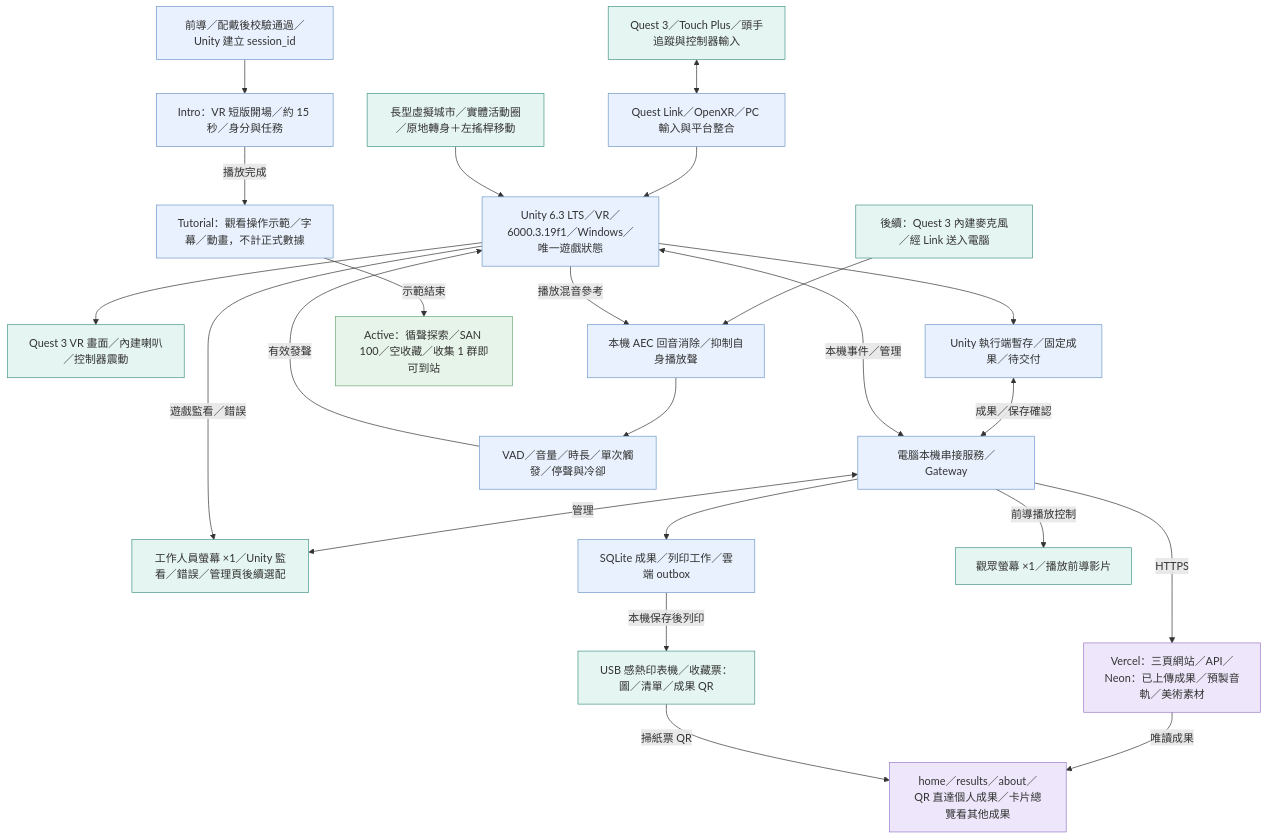
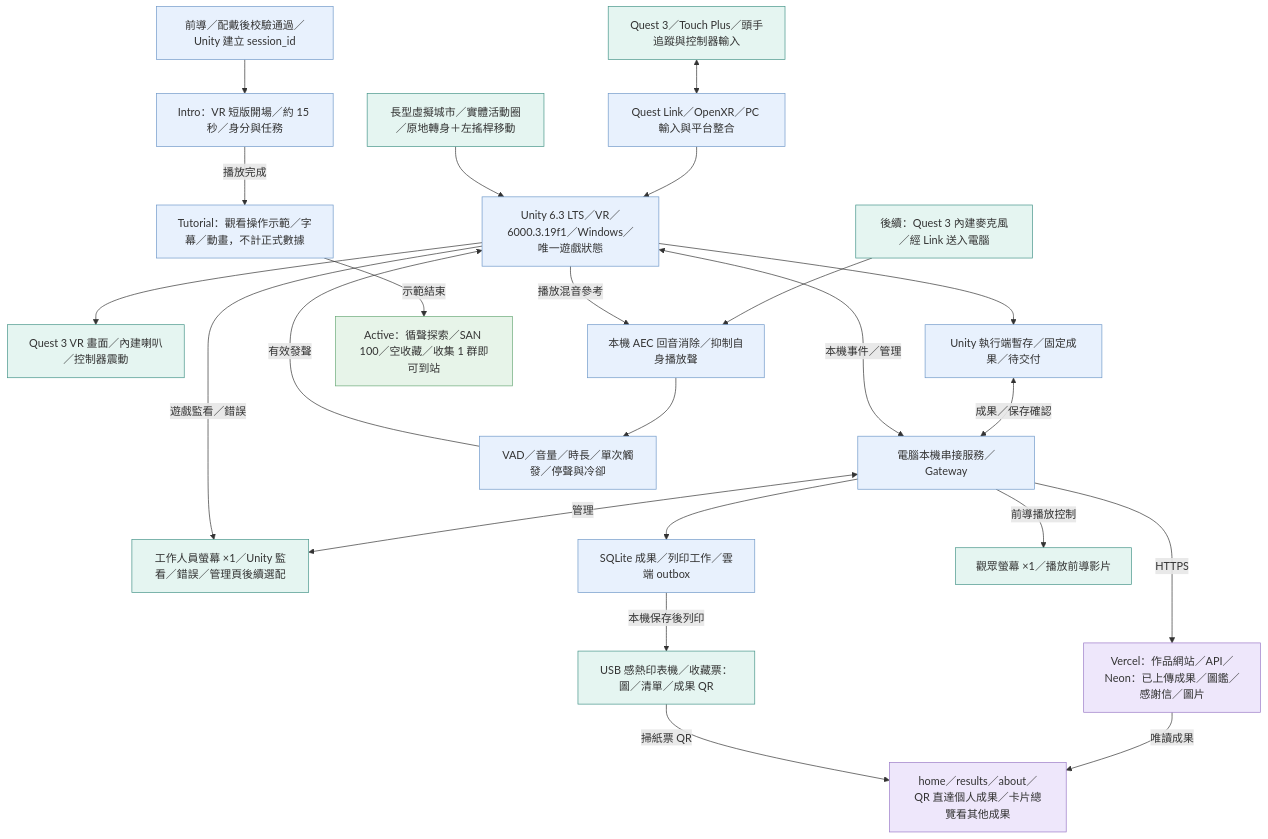
The diagram in docs/docs_vr/assets/技術流程圖/01.mmd (fengyenchia/dctProject), drawn with Mermaid before and after one commit. The commit also changed 61 other files, not shown here.

```diff
--- a/docs/docs_vr/assets/技術流程圖/01.mmd
+++ b/docs/docs_vr/assets/技術流程圖/01.mmd
@@ -1,63 +1,63 @@
 flowchart TD
   quest["Quest 3／Touch Plus／頭手追蹤與控制器輸入"]
   xr["Quest Link／OpenXR／PC 輸入與平台整合"]
   room["長型虛擬城市／實體活動圈／原地轉身＋左搖桿移動"]
   mic["後續：Quest 3 內建麥克風／經 Link 送入電腦"]
   unity["Unity 6.3 LTS／VR／6000.3.19f1／Windows／唯一遊戲狀態"]
   output["Quest 3 VR 畫面／內建喇叭／控制器震動"]
   localPending["Unity 執行端暫存／固定成果／待交付"]
   gateway["電腦本機串接服務／Gateway"]
   admin["工作人員螢幕 ×1／Unity 監看／錯誤／管理頁後續選配"]
   sqlite["SQLite 成果／列印工作／雲端 outbox"]
-  cloud["Vercel：三頁網站／API／Neon：已上傳成果／預製音軌／美術素材"]
+  cloud["Vercel：作品網站／API／Neon：已上傳成果／圖鑑／感謝信／圖片"]
   phone["home／results／about／QR 直達個人成果／卡片總覽看其他成果"]
   aec["本機 AEC 回音消除／抑制自身播放聲"]
   voiceGate["VAD／音量／時長／單次觸發／停聲與冷卻"]
   ticketPrinter["USB 感熱印表機／收藏票：圖／清單／成果 QR"]
   visitorDisplay["觀眾螢幕 ×1／播放前導影片"]
   sessionEntry["前導／配戴後校驗通過／Unity 建立 session_id"]
   vrIntro["Intro：VR 短版開場／約 15 秒／身分與任務"]
   vrTutorial["Tutorial：觀看操作示範／字幕／動畫，不計正式數據"]
   exploreActive["Active：循聲探索／SAN 100／空收藏／收集 1 群即可到站"]
   quest <--> xr
   xr --> unity
   room --> unity
   unity --> output
   unity --> localPending
   localPending <-->|"成果／保存確認"| gateway
   unity <-->|"本機事件／管理"| gateway
   gateway <-->|"管理"| admin
   gateway --> sqlite
   gateway -->|"HTTPS"| cloud
   cloud -->|"唯讀成果"| phone
   mic --> aec
   aec --> voiceGate
   unity -->|"播放混音參考"| aec
   voiceGate -->|"有效發聲"| unity
   sqlite -->|"本機保存後列印"| ticketPrinter
   gateway -->|"前導播放控制"| visitorDisplay
   unity -->|"遊戲監看／錯誤"| admin
   sessionEntry --> vrIntro
   vrIntro -->|"播放完成"| vrTutorial
   vrTutorial -->|"示範結束"| exploreActive
   ticketPrinter -->|"掃紙票 QR"| phone
   style quest fill:#e5f5f1,stroke:#459489
   style xr fill:#e8f1fd,stroke:#7099c9
   style room fill:#e5f5f1,stroke:#459489
   style mic fill:#e5f5f1,stroke:#459489
   style unity fill:#e8f1fd,stroke:#7099c9
   style output fill:#e5f5f1,stroke:#459489
   style localPending fill:#e8f1fd,stroke:#7099c9
   style gateway fill:#e8f1fd,stroke:#7099c9
   style admin fill:#e5f5f1,stroke:#459489
   style sqlite fill:#e8f1fd,stroke:#7099c9
   style cloud fill:#eee7fb,stroke:#9a7ac7
   style phone fill:#eee7fb,stroke:#9a7ac7
   style aec fill:#e8f1fd,stroke:#7099c9
   style voiceGate fill:#e8f1fd,stroke:#7099c9
   style ticketPrinter fill:#e5f5f1,stroke:#459489
   style visitorDisplay fill:#e5f5f1,stroke:#459489
   style sessionEntry fill:#e8f1fd,stroke:#7099c9
   style vrIntro fill:#e8f1fd,stroke:#7099c9
   style vrTutorial fill:#e8f1fd,stroke:#7099c9
   style exploreActive fill:#e7f4e9,stroke:#69a977
```
